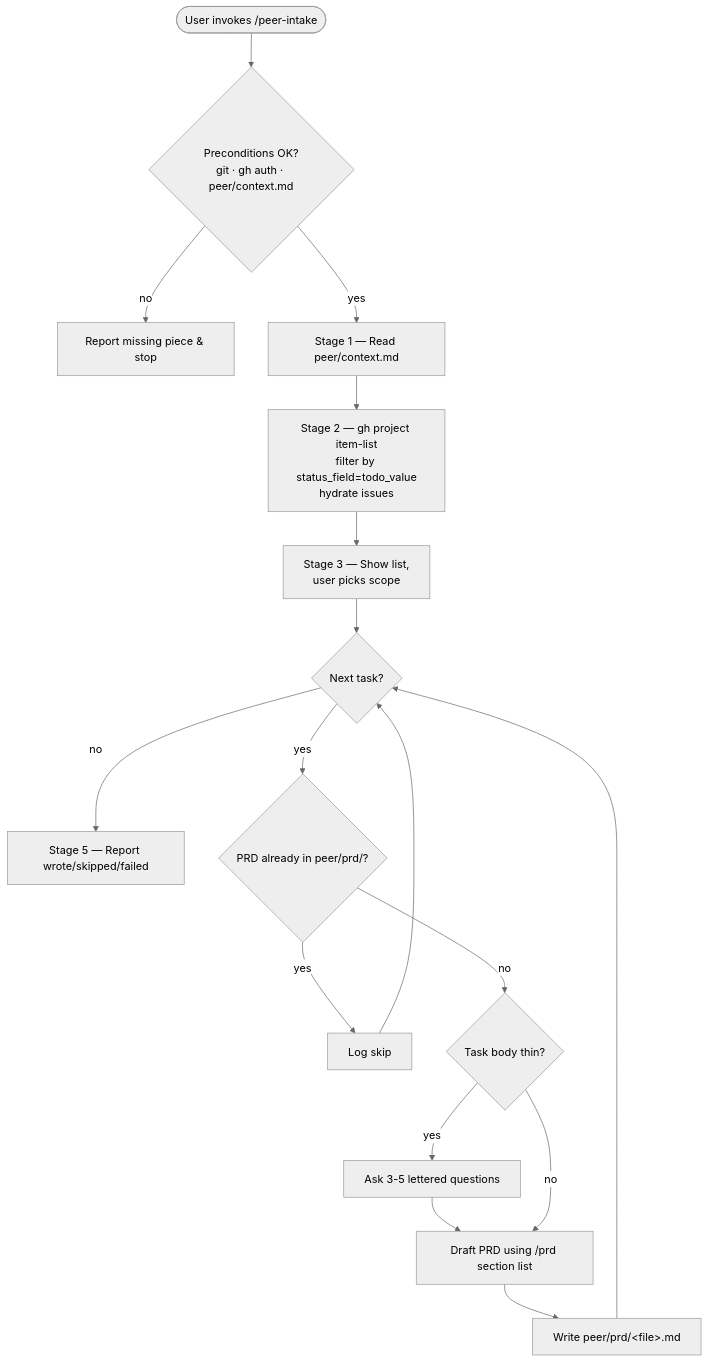
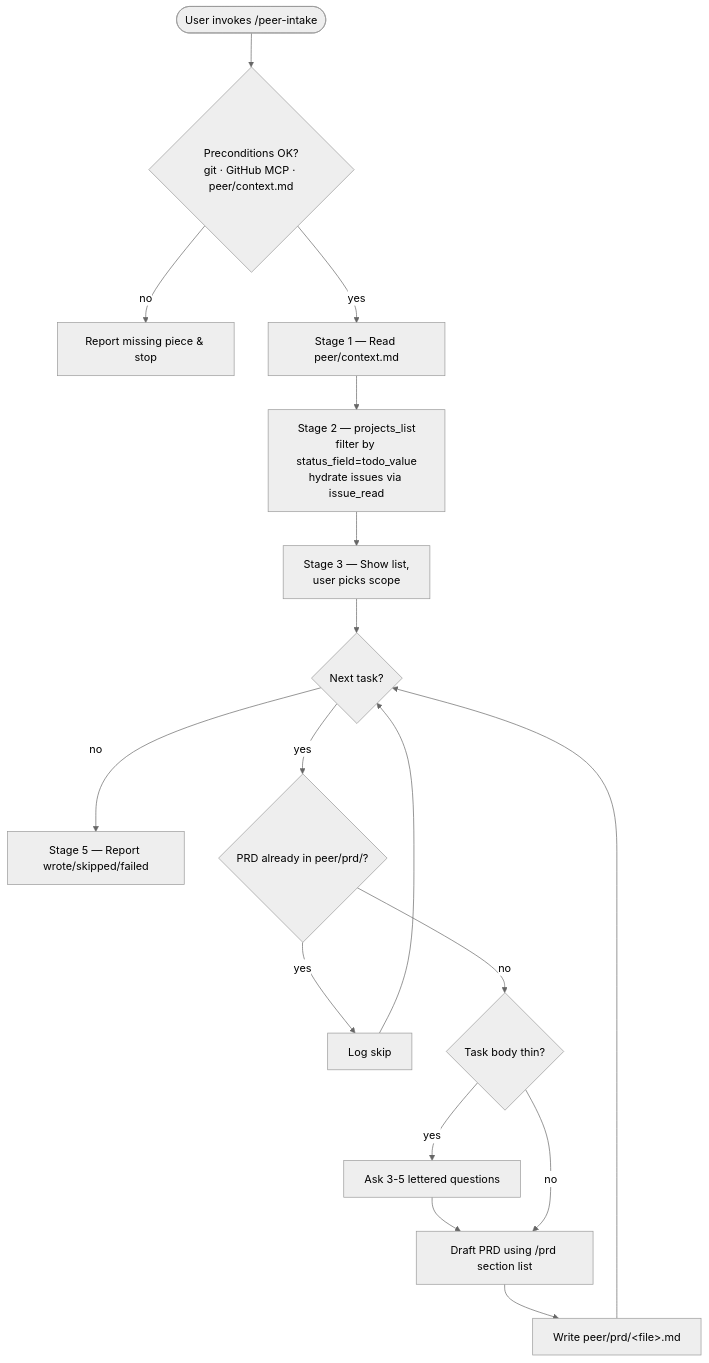
The diagram in skills/peer-intake/SKILL.md (santichio/peer), drawn with Mermaid (neutral theme) before and after one commit. The commit also changed other lines of this file and 7 other files, not shown here.

First line of the commit message:
docs(skills): swap gh CLI for GitHub MCP connector

````diff
--- a/skills/peer-intake/SKILL.md
+++ b/skills/peer-intake/SKILL.md
@@ -217,16 +218,16 @@
 ```mermaid
 flowchart TD
-    start(["User invokes /peer-intake"]) --> pre{"Preconditions OK?\ngit · gh auth · peer/context.md"}
+    start(["User invokes /peer-intake"]) --> pre{"Preconditions OK?\ngit · GitHub MCP · peer/context.md"}
     pre -- no --> stop1["Report missing piece & stop"]
     pre -- yes --> ctx["Stage 1 — Read peer/context.md"]
-    ctx --> fetch["Stage 2 — gh project item-list\nfilter by status_field=todo_value\nhydrate issues"]
+    ctx --> fetch["Stage 2 — projects_list\nfilter by status_field=todo_value\nhydrate issues via issue_read"]
     fetch --> pick["Stage 3 — Show list,\nuser picks scope"]
     pick --> loop{"Next task?"}
     loop -- no --> report["Stage 5 — Report wrote/skipped/failed"]
     loop -- yes --> exists{"PRD already in peer/prd/?"}
     exists -- yes --> skip["Log skip"] --> loop
     exists -- no --> thin{"Task body thin?"}
     thin -- yes --> ask["Ask 3-5 lettered questions"] --> draft
     thin -- no --> draft["Draft PRD using /prd section list"]
     draft --> write["Write peer/prd/&lt;file&gt;.md"] --> loop
 ```
````
